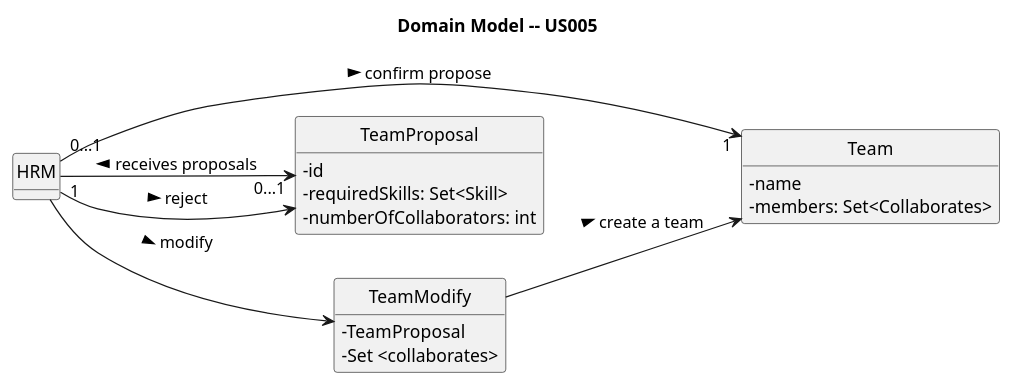
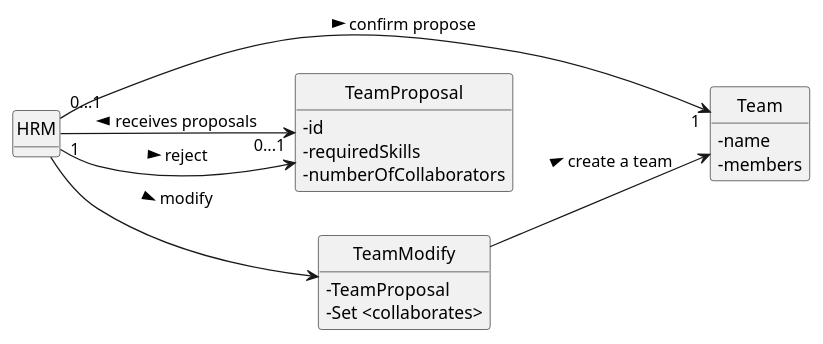
The diagram in docs/sprintA/us005/02.analysis/puml/us005-domain-model.puml (ricardomm7/leaflink), drawn with PlantUML before and after one commit. The commit also changed 3 other files, not shown here.

```diff
--- a/docs/sprintA/us005/02.analysis/puml/us005-domain-model.puml
+++ b/docs/sprintA/us005/02.analysis/puml/us005-domain-model.puml
@@ -1,46 +1,45 @@
 @startuml
 skinparam monochrome true
 skinparam packageStyle rectangle
 skinparam shadowing false
 
 left to right direction
 
 skinparam classAttributeIconSize 0
 
 hide circle
 hide methods
 
-title Domain Model -- US005
 
 class Team {
   - name
-  - members: Set<Collaborates>
+  - members
 }
 
 class TeamProposal {
   - id
-  - requiredSkills: Set<Skill>
-  - numberOfCollaborators: int
+  - requiredSkills
+  - numberOfCollaborators
 }
 
 class TeamModify{
   - TeamProposal
   - Set <collaborates>
 }
 
 
 HRM "0...1" --> "1" Team: confirm propose >
 
 HRM "1" --> "0...1" TeamProposal : receives proposals <
 HRM --> TeamProposal: reject >
 HRM --> TeamModify:  modify >
 TeamModify --> Team: create a team >
 
 
 
 
 
 
 
 
 @enduml
```
